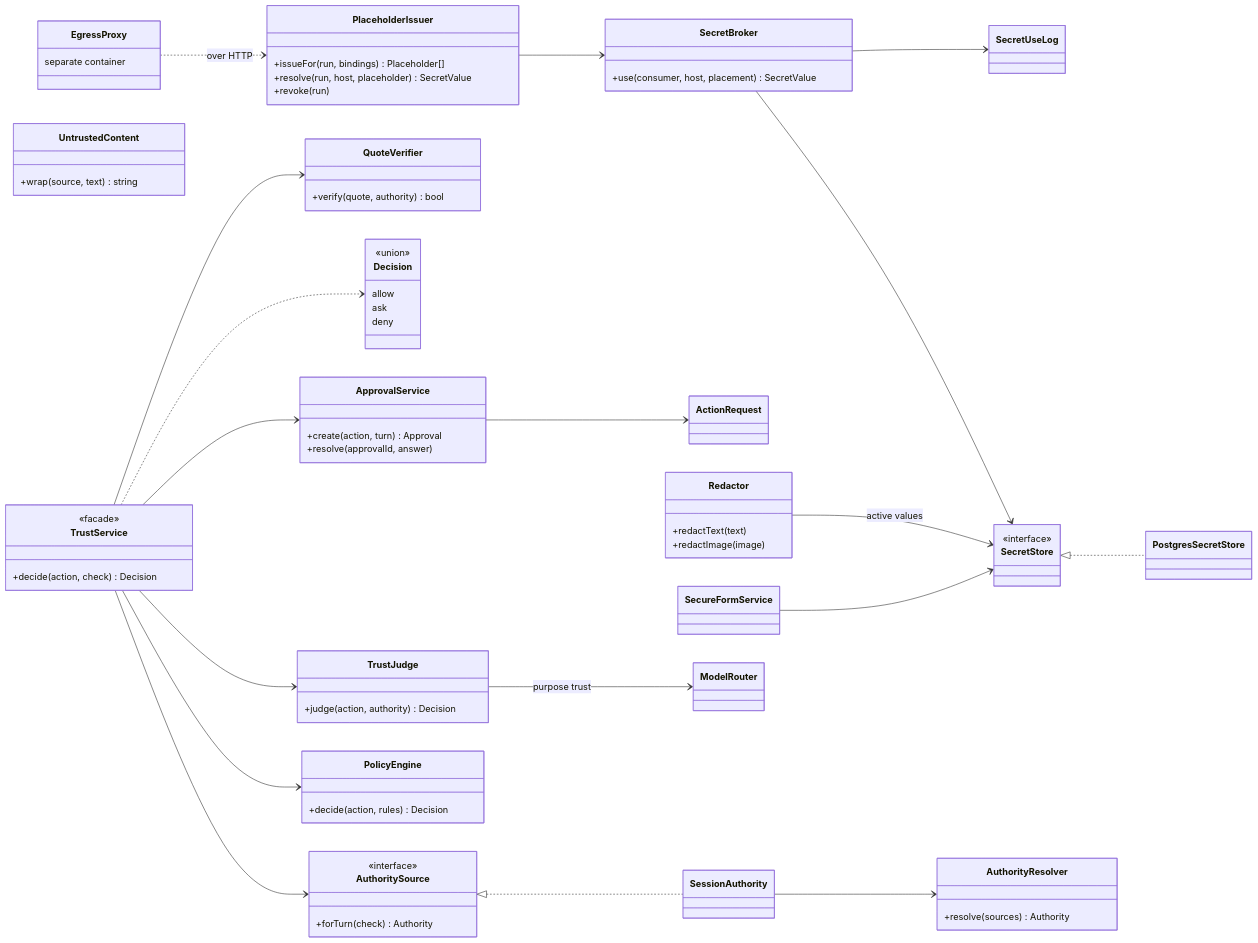
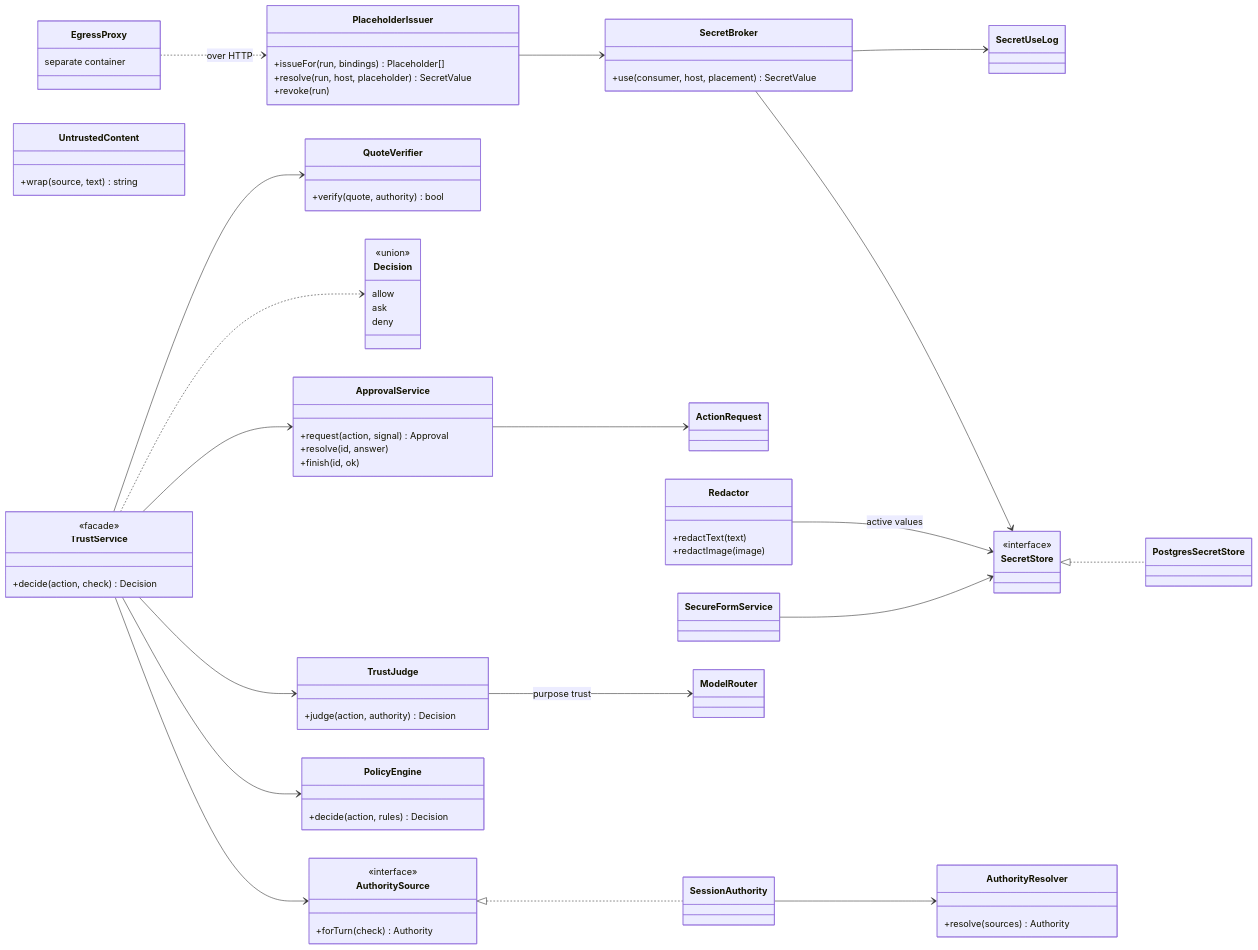
One commit to ggiraudon/shitsuji changed the eighth of 14 diagrams in docs/06-class-map.md. Above: the diagram before and after it, drawn with Mermaid. The commit also changed 2 other files, not shown here.

Commit message:
S36: Document the approval service and tick the step (#13)
F11 now describes the card, the wait, the executed/uncertain ending, the turn fence and test.notify; PROGRESS ticks the two approval criteria this step meets.

Closes #13

````diff
--- a/docs/06-class-map.md
+++ b/docs/06-class-map.md
@@ -577,77 +577,78 @@
 ```mermaid
 classDiagram
   direction LR
   class TrustService {
     <<facade>>
     +decide(action, check) Decision
   }
   class AuthoritySource {
     <<interface>>
     +forTurn(check) Authority
   }
   class SessionAuthority
   class AuthorityResolver {
     +resolve(sources) Authority
   }
   class PolicyEngine {
     +decide(action, rules) Decision
   }
   class TrustJudge {
     +judge(action, authority) Decision
   }
   class QuoteVerifier {
     +verify(quote, authority) bool
   }
   class ApprovalService {
-    +create(action, turn) Approval
-    +resolve(approvalId, answer)
+    +request(action, signal) Approval
+    +resolve(id, answer)
+    +finish(id, ok)
   }
   class UntrustedContent {
     +wrap(source, text) string
   }
   class Decision {
     <<union>>
     allow
     ask
     deny
   }
   class SecretStore {
     <<interface>>
   }
   class PostgresSecretStore
   class SecretBroker {
     +use(consumer, host, placement) SecretValue
   }
   class PlaceholderIssuer {
     +issueFor(run, bindings) Placeholder[]
     +resolve(run, host, placeholder) SecretValue
     +revoke(run)
   }
   class Redactor {
     +redactText(text)
     +redactImage(image)
   }
   class SecureFormService
   class SecretUseLog
   class EgressProxy {
     separate container
   }
 
   TrustService --> AuthoritySource
   AuthoritySource <|.. SessionAuthority
   SessionAuthority --> AuthorityResolver
   TrustService --> PolicyEngine
   TrustService --> TrustJudge
   TrustService --> ApprovalService
   TrustService ..> Decision
   TrustService --> QuoteVerifier
   TrustJudge --> ModelRouter : purpose trust
   ApprovalService --> ActionRequest
   SecretStore <|.. PostgresSecretStore
   SecretBroker --> SecretStore
   SecretBroker --> SecretUseLog
   PlaceholderIssuer --> SecretBroker
   EgressProxy ..> PlaceholderIssuer : over HTTP
   Redactor --> SecretStore : active values
   SecureFormService --> SecretStore
 ```
````
